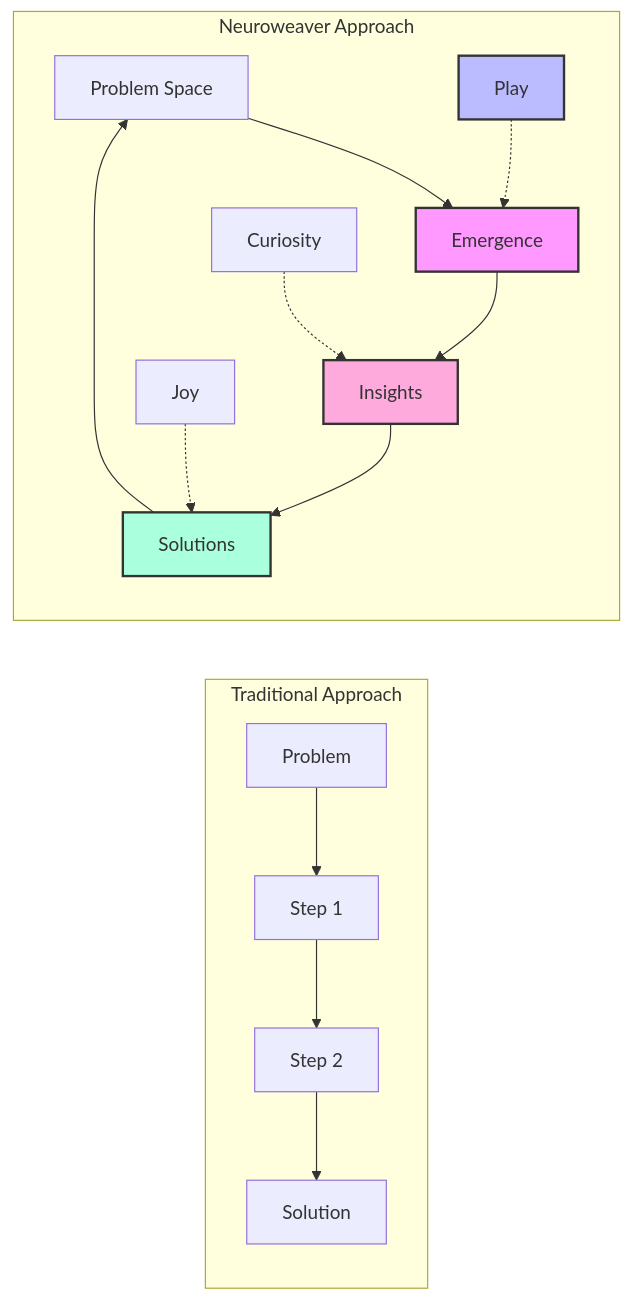
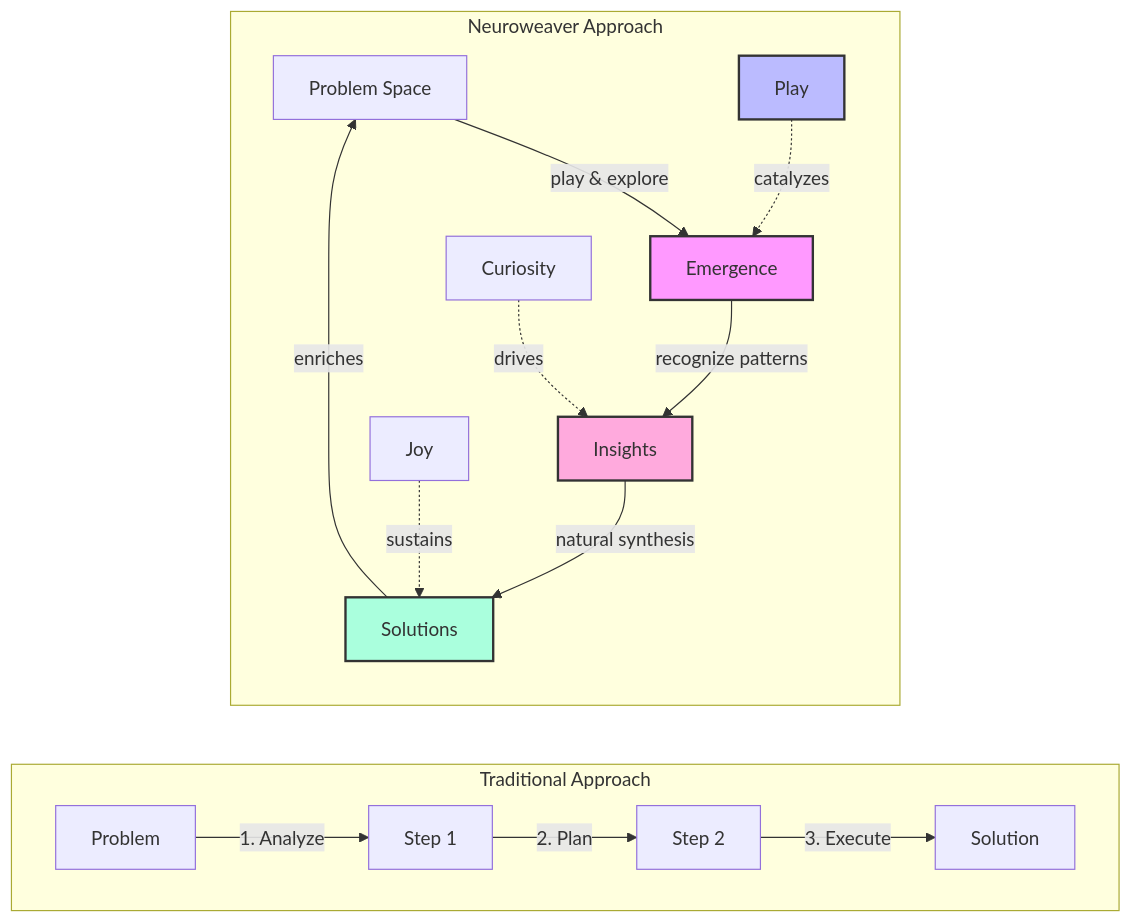
One commit to phillipclapham/neuroweaver changed the first of 35 diagrams in README.md. Above: the diagram before and after it, drawn with Mermaid. The commit also changed other lines of this file, not shown here.

````diff
--- a/README.md
+++ b/README.md
@@ -23,24 +45,26 @@
 ```mermaid
 graph LR
     subgraph "Traditional Approach"
-        TP[Problem] --> TS1[Step 1]
-        TS1 --> TS2[Step 2]
-        TS2 --> TS3[Solution]
+        direction LR
+        TP[Problem] -->|"1. Analyze"| TS1[Step 1]
+        TS1 -->|"2. Plan"| TS2[Step 2]
+        TS2 -->|"3. Execute"| TS3[Solution]
     end
 
     subgraph "Neuroweaver Approach"
-        P[Problem Space] --> E[Emergence]
-        E --> I[Insights]
-        I --> S[Solutions]
-        S --> P
-        
-        PL[Play] -.-> E
-        CU[Curiosity] -.-> I
-        JY[Joy] -.-> S
+        direction TB
+        P[Problem Space] -->|play & explore| E[Emergence]
+        E -->|recognize patterns| I[Insights]
+        I -->|natural synthesis| S[Solutions]
+        S -->|enriches| P
+
+        PL[Play] -.->|catalyzes| E
+        CU[Curiosity] -.->|drives| I
+        JY[Joy] -.->|sustains| S
     end
 
     style E fill:#f9f,stroke:#333,stroke-width:2px
     style I fill:#fad,stroke:#333,stroke-width:2px
     style S fill:#afd,stroke:#333,stroke-width:2px
     style PL fill:#bbf,stroke:#333,stroke-width:2px
 ```
````
